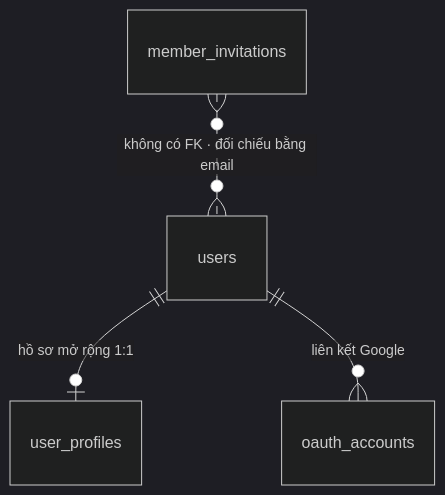
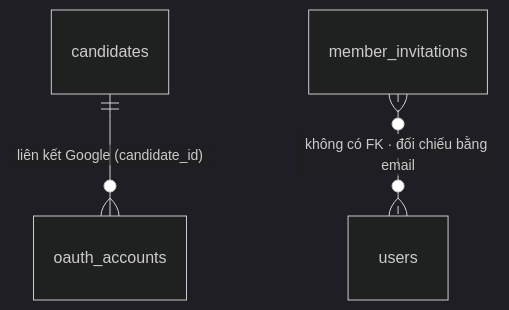
Before and after one commit to hieupnh12/SmartHire-AI: the fourth of 11 diagrams in docs/database/README.md, drawn with Mermaid (dark theme). The commit also changed other lines of this file and 75 other files, not shown here.

Commit message:
feat: separate candidates from users, update frontend auth and docs

````diff
--- a/docs/database/README.md
+++ b/docs/database/README.md
@@ -427,6 +428,5 @@
 ```mermaid
 erDiagram
-    users ||--o| user_profiles : "hồ sơ mở rộng 1:1"
-    users ||--o{ oauth_accounts : "liên kết Google"
+    candidates ||--o{ oauth_accounts : "liên kết Google (candidate_id)"
     member_invitations }o..o{ users : "không có FK · đối chiếu bằng email"
 ```
````
